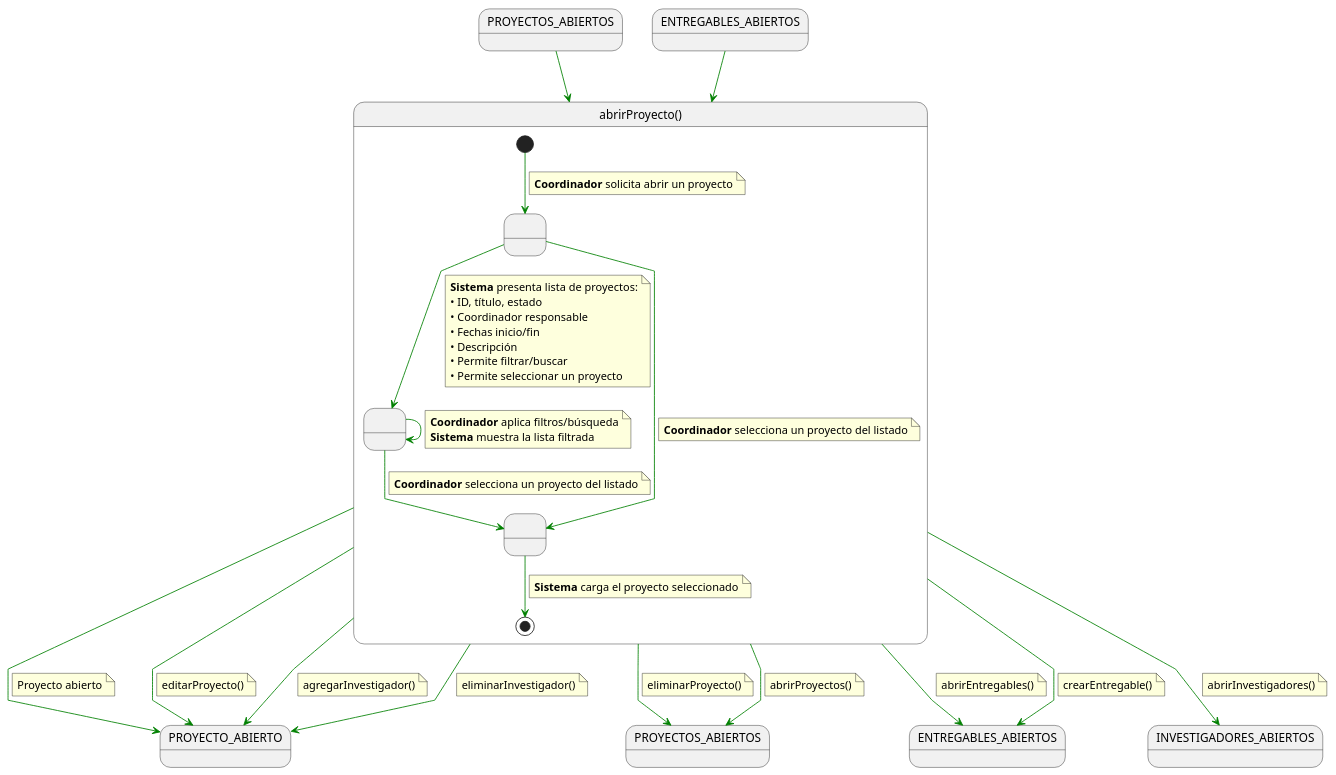
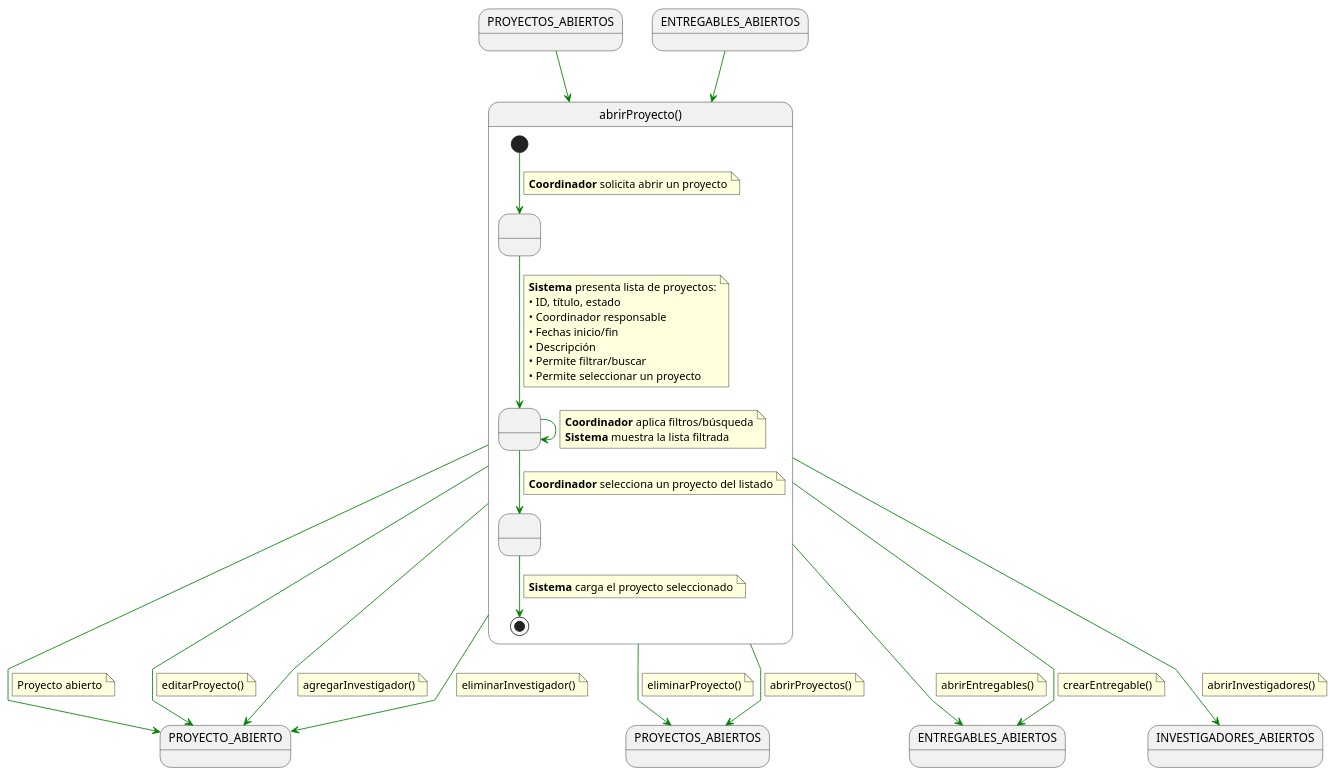
One commit to 31Diego/25-26-IdSw1-SdR changed the diagram in documents/casosDeUso/detalle/coordinador/02-gestion-proyectos/abrirProyecto/abrirProyecto.puml. Above: the diagram before and after it, drawn with PlantUML. The commit also changed 1 other file, not shown here.

Commit message:
Corrijo transicion innecesaria de abrirProyecto()

```diff
--- a/documents/casosDeUso/detalle/coordinador/02-gestion-proyectos/abrirProyecto/abrirProyecto.puml
+++ b/documents/casosDeUso/detalle/coordinador/02-gestion-proyectos/abrirProyecto/abrirProyecto.puml
@@ -1,99 +1,94 @@
 @startuml abrirProyecto
 skinparam linetype polyline
 
 state in1 as "PROYECTOS_ABIERTOS"
 in1 -[#green]-> abrirProyecto
 
 state in2 as "ENTREGABLES_ABIERTOS"
 in2 -[#green]-> abrirProyecto
 
 state abrirProyecto as "abrirProyecto()" {
 
     state " " as MostrandoListaProyectos
     state " " as FiltrandoBuscando
     state " " as SeleccionandoProyecto
 
     [*] -[#green]-> MostrandoListaProyectos
     note on link
     <b>Coordinador</b> solicita abrir un proyecto
     end note
 
     MostrandoListaProyectos -[#green]-> FiltrandoBuscando
     note on link
     <b>Sistema</b> presenta lista de proyectos:
     • ID, título, estado
     • Coordinador responsable
     • Fechas inicio/fin
     • Descripción
     • Permite filtrar/buscar
     • Permite seleccionar un proyecto
     end note
 
     FiltrandoBuscando -[#green]-> FiltrandoBuscando
     note on link
     <b>Coordinador</b> aplica filtros/búsqueda
     <b>Sistema</b> muestra la lista filtrada
     end note
 
     FiltrandoBuscando -[#green]-> SeleccionandoProyecto
-    note on link
-    <b>Coordinador</b> selecciona un proyecto del listado
-    end note
-
-    MostrandoListaProyectos -[#green]-> SeleccionandoProyecto
     note on link
     <b>Coordinador</b> selecciona un proyecto del listado
     end note
 
     SeleccionandoProyecto -[#green]-> [*]
     note on link
     <b>Sistema</b> carga el proyecto seleccionado
     end note
 }
 
 abrirProyecto -[#green]-> PROYECTO_ABIERTO
 note on link
 Proyecto abierto
 end note
 
 abrirProyecto -[#green]-> PROYECTO_ABIERTO
 note on link
 editarProyecto()
 end note
 
 abrirProyecto -[#green]-> PROYECTOS_ABIERTOS
 note on link
 eliminarProyecto()
 end note
 
 abrirProyecto -[#green]-> PROYECTO_ABIERTO
 note on link
 agregarInvestigador()
 end note
 
 abrirProyecto -[#green]-> PROYECTO_ABIERTO
 note on link
 eliminarInvestigador()
 end note
 
 abrirProyecto -[#green]-> ENTREGABLES_ABIERTOS
 note on link
 abrirEntregables()
 end note
 
 abrirProyecto -[#green]-> ENTREGABLES_ABIERTOS
 note on link
 crearEntregable()
 end note
 
 abrirProyecto -[#green]-> INVESTIGADORES_ABIERTOS
 note on link
 abrirInvestigadores()
 end note
 
 abrirProyecto -[#green]-> PROYECTOS_ABIERTOS
 note on link
 abrirProyectos()
 end note
 
 @enduml
```
